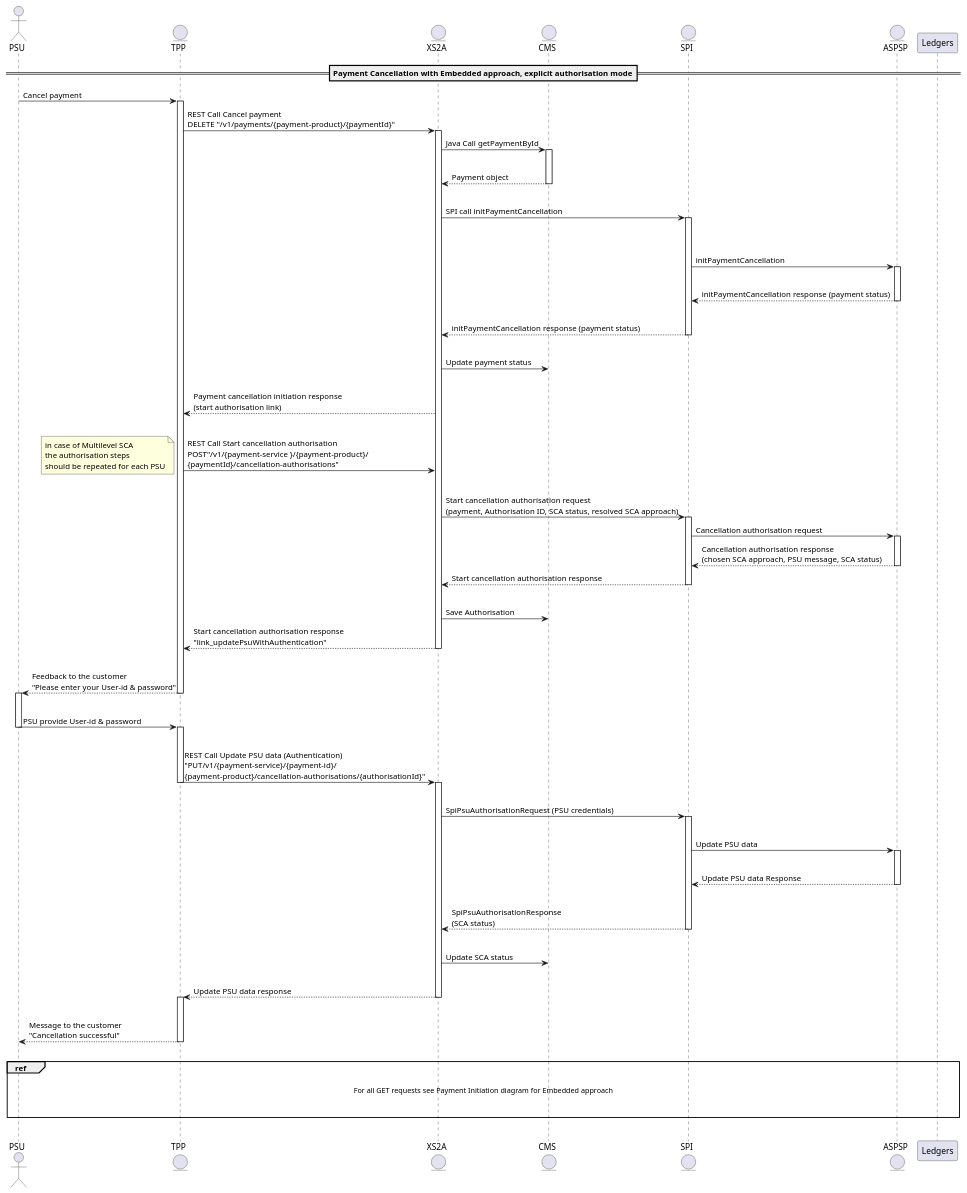
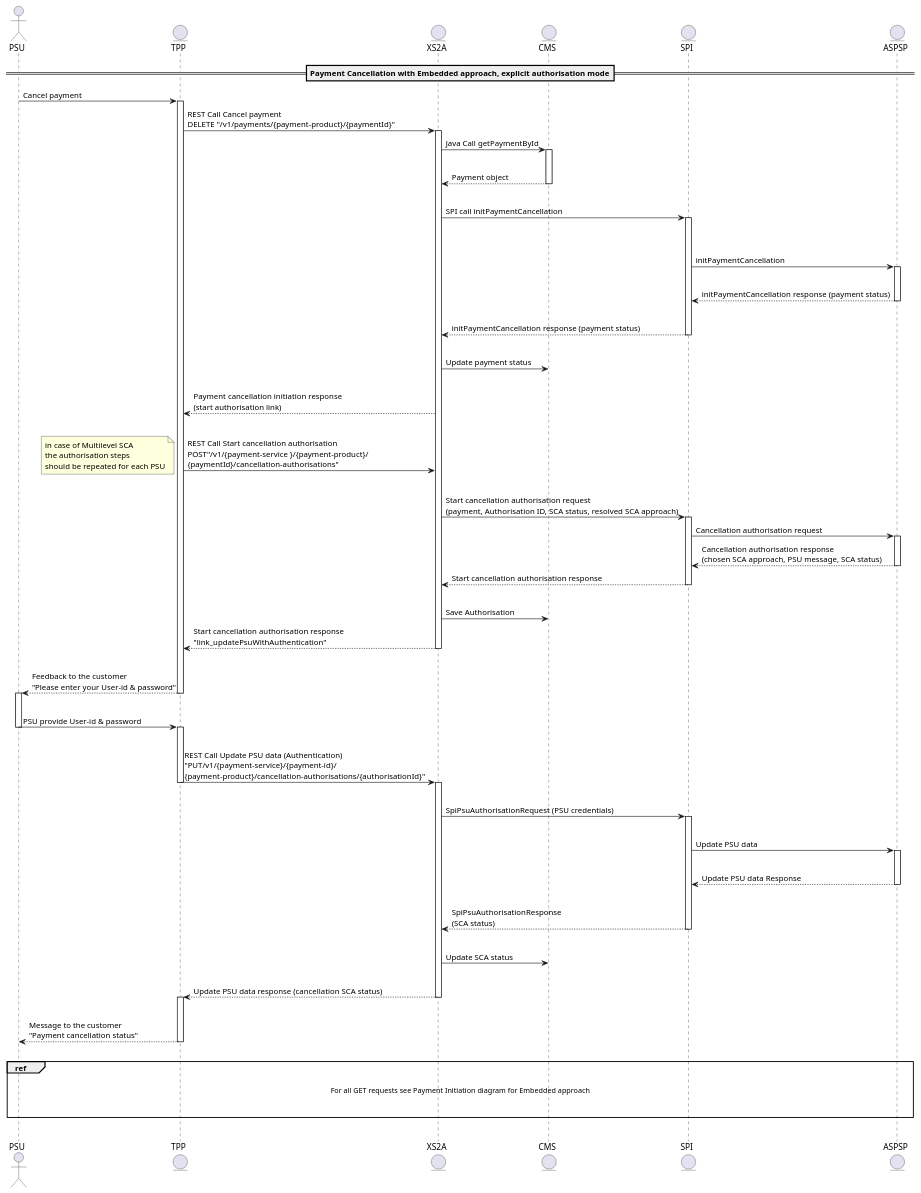
One commit to tsehelnyk/xs2a changed the diagram in doc/usecases/diagrams/paymentCancellationEmbeddedExplicit.puml. Above: the diagram before and after it, drawn with PlantUML. The commit also changed 3 other files, not shown here.

Commit message:
#1653 Update UML diagrams for payment cancellation flow #1651 Update UML diagrams for PIS flows 0Auth

```diff
--- a/doc/usecases/diagrams/paymentCancellationEmbeddedExplicit.puml
+++ b/doc/usecases/diagrams/paymentCancellationEmbeddedExplicit.puml
@@ -1,99 +1,99 @@
 @startuml
 actor PSU
 entity TPP
 entity XS2A
 entity CMS
 entity SPI
 entity ASPSP
 == Payment Cancellation with Embedded approach, explicit authorisation mode==
 
 PSU->TPP: Cancel payment
 
 activate TPP
 TPP -> XS2A: REST Call Cancel payment\nDELETE "/v1/payments/{payment-product}/{paymentId}"
 activate XS2A
 XS2A->CMS: Java Call getPaymentById
 activate CMS
 |||
 CMS-->XS2A: Payment object
 |||
 deactivate CMS
 XS2A->SPI: SPI call initPaymentCancellation
 |||
 activate SPI
 |||
 SPI->ASPSP: initPaymentCancellation
 activate ASPSP
 |||
 ASPSP-->SPI: initPaymentCancellation response (payment status)
 |||
 deactivate ASPSP
 
 SPI-->XS2A: initPaymentCancellation response (payment status)
 deactivate SPI
 |||
 XS2A->CMS: Update payment status
 |||
 XS2A-->TPP: Payment cancellation initiation response \n(start authorisation link)
 |||
 TPP->XS2A: REST Call Start cancellation authorisation\nPOST"/v1/{payment-service }/{payment-product}/\n{paymentId}/cancellation-authorisations"
 note left
          in case of Multilevel SCA
          the authorisation steps
          should be repeated for each PSU
 end note
 |||
 XS2A->SPI: Start cancellation authorisation request \n(payment, Authorisation ID, SCA status, resolved SCA approach)
 activate SPI
 SPI->ASPSP: Cancellation authorisation request
 activate ASPSP
 ASPSP-->SPI: Cancellation authorisation response \n(chosen SCA approach, PSU message, SCA status)
 deactivate ASPSP
 SPI-->XS2A: Start cancellation authorisation response
 deactivate SPI
 |||
 XS2A->CMS: Save Authorisation
 XS2A-->TPP:Start cancellation authorisation response\n"link_updatePsuWithAuthentication"
 deactivate XS2A
 |||
 TPP-->PSU: Feedback to the customer\n"Please enter your User-id & password"
 deactivate TPP
 activate PSU
 |||
 PSU->TPP: PSU provide User-id & password
 deactivate PSU
 activate TPP
 |||
 TPP->XS2A: REST Call Update PSU data (Authentication)\n"PUT/v1/{payment-service}/{payment-id}/\n{payment-product}/cancellation-authorisations/{authorisationId}"
 deactivate TPP
 activate XS2A
 |||
 XS2A->SPI: SpiPsuAuthorisationRequest (PSU credentials)
 activate SPI
 |||
 SPI->ASPSP: Update PSU data
 activate ASPSP
 |||
 ASPSP-->SPI: Update PSU data Response
 deactivate ASPSP
 |||
 SPI-->XS2A: SpiPsuAuthorisationResponse\n(SCA status)
 |||
 deactivate SPI
 XS2A->CMS: Update SCA status
 |||
-XS2A-->TPP: Update PSU data response
+XS2A-->TPP: Update PSU data response (cancellation SCA status)
 deactivate XS2A
 activate TPP
 |||
-TPP-->PSU: Message to the customer\n"Cancellation successful"
+TPP-->PSU: Message to the customer\n"Payment cancellation status"
 deactivate TPP
 |||
-ref over PSU, Ledgers
+ref over PSU, ASPSP
 
 For all GET requests see Payment Initiation diagram for Embedded approach
 
 
 end ref
 |||
 @enduml
```
